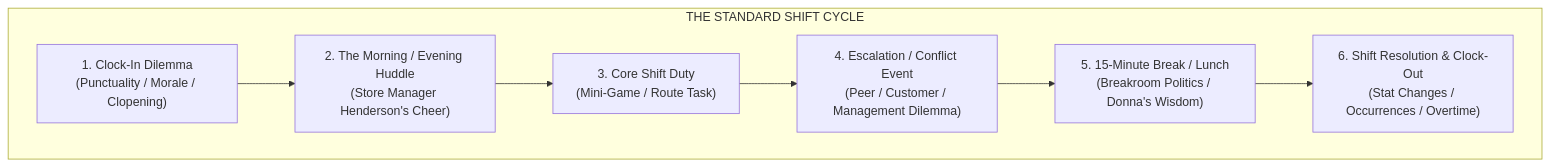
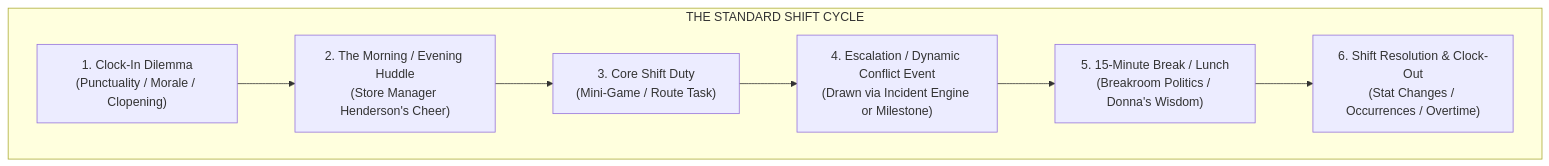
Before and after one commit to Todd0042/superstore-saga: the fourth of 4 diagrams in NARRATIVE_DESIGN.md, drawn with Mermaid. The commit also changed other lines of this file and 1 other file, not shown here.

Commit message:
docs: resolve discrepancies - simulated auto-play minigames, combat grounding, rolling 6-month attendance drop-off, and dynamic shift reconciliation

````diff
--- a/NARRATIVE_DESIGN.md
+++ b/NARRATIVE_DESIGN.md
@@ -282,10 +282,10 @@
 ```mermaid
 graph TD
     subgraph ShiftCycle["THE STANDARD SHIFT CYCLE"]
         CI["1. Clock-In Dilemma<br/>(Punctuality / Morale / Clopening)"] --> Huddle["2. The Morning / Evening Huddle<br/>(Store Manager Henderson's Cheer)"]
         Huddle --> Task["3. Core Shift Duty<br/>(Mini-Game / Route Task)"]
-        Task --> Conflict["4. Escalation / Conflict Event<br/>(Peer / Customer / Management Dilemma)"]
+        Task --> Conflict["4. Escalation / Dynamic Conflict Event<br/>(Drawn via Incident Engine or Milestone)"]
         Conflict --> Break["5. 15-Minute Break / Lunch<br/>(Breakroom Politics / Donna's Wisdom)"]
         Break --> Climax["6. Shift Resolution & Clock-Out<br/>(Stat Changes / Occurrences / Overtime)"]
     end
 ```
````
